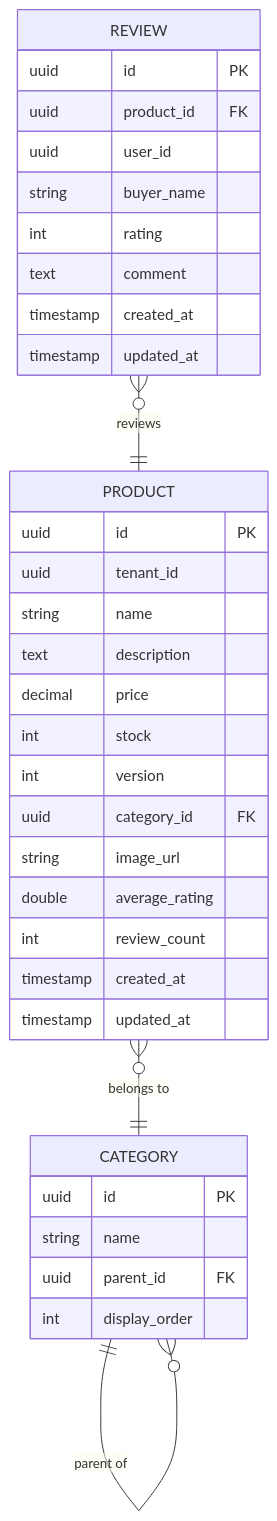
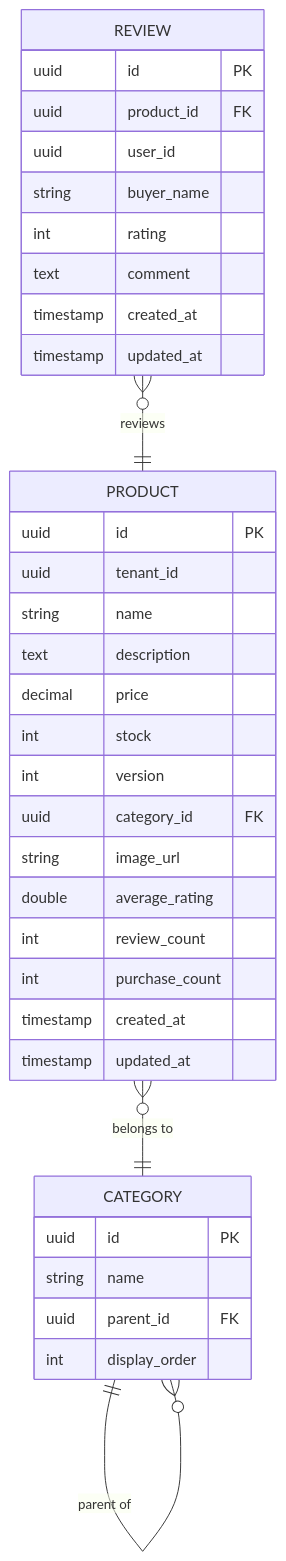
One commit to stefann5/marketplace changed the diagram in diagrams/catalog-service/er-diagram.md. Above: the diagram before and after it, drawn with Mermaid. The commit also changed 14 other files, not shown here.

````diff
--- a/diagrams/catalog-service/er-diagram.md
+++ b/diagrams/catalog-service/er-diagram.md
@@ -3,40 +3,41 @@
 ```mermaid
 erDiagram
     PRODUCT {
         uuid id PK
         uuid tenant_id
         string name
         text description
         decimal price
         int stock
         int version
         uuid category_id FK
         string image_url
         double average_rating
         int review_count
+        int purchase_count
         timestamp created_at
         timestamp updated_at
     }
 
     CATEGORY {
         uuid id PK
         string name
         uuid parent_id FK
         int display_order
     }
 
     REVIEW {
         uuid id PK
         uuid product_id FK
         uuid user_id
         string buyer_name
         int rating
         text comment
         timestamp created_at
         timestamp updated_at
     }
 
     PRODUCT }o--|| CATEGORY : "belongs to"
     REVIEW }o--|| PRODUCT : "reviews"
     CATEGORY ||--o{ CATEGORY : "parent of"
 ```
````
